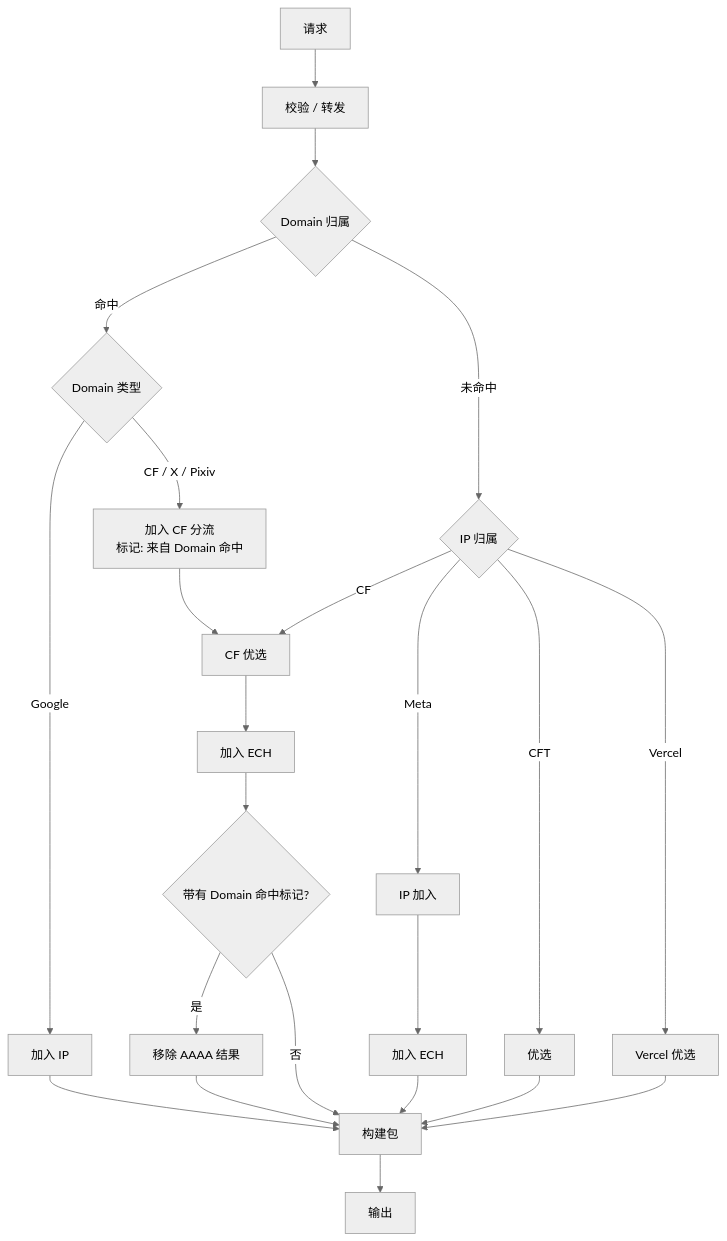
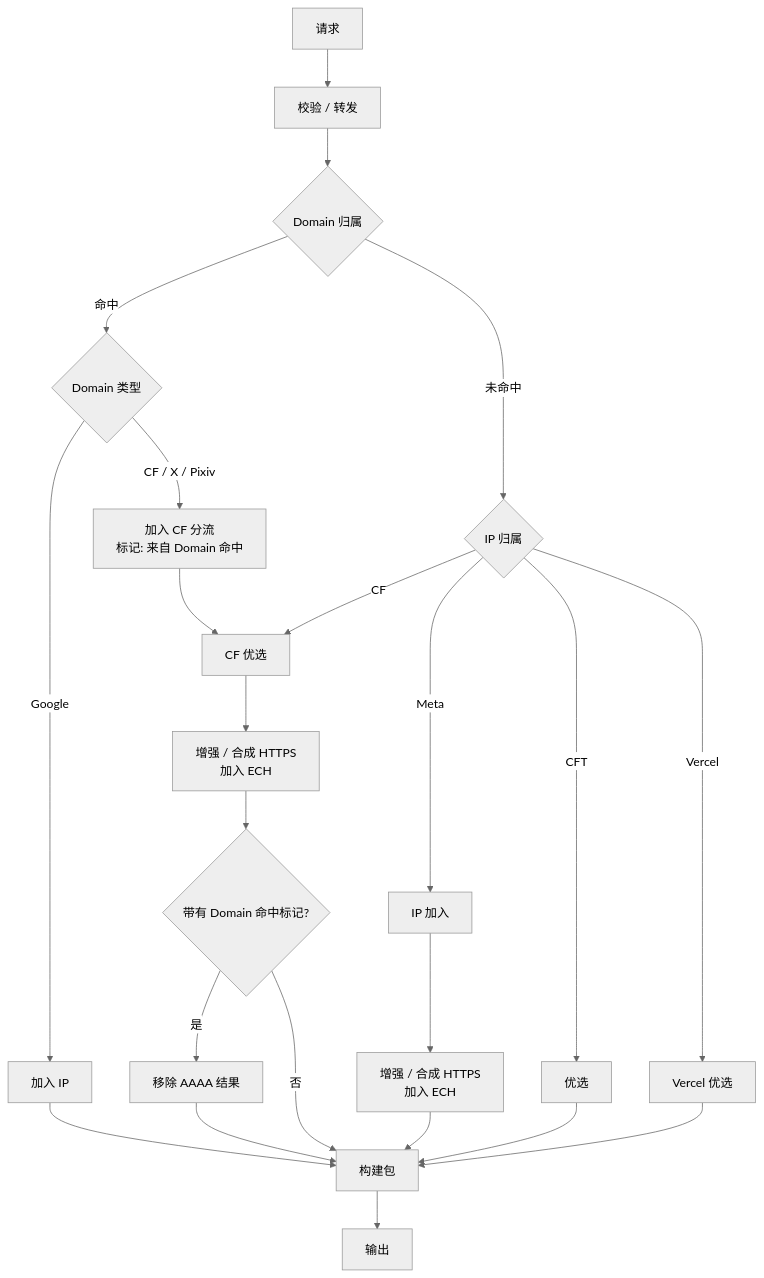
The diagram in docs/01-requirements.md (aloneowo0/SuperDoH), drawn with Mermaid (neutral theme) before and after one commit. The commit also changed other lines of this file and 8 other files, not shown here.

Commit message:
feat: synthesize HTTPS records for ECH

````diff
--- a/docs/01-requirements.md
+++ b/docs/01-requirements.md
@@ -25,32 +25,32 @@
 ```mermaid
 flowchart TD
     A[请求] --> B[校验 / 转发]
     B --> C{Domain 归属}
 
     C -->|命中| D{Domain 类型}
     D -->|Google| E[加入 IP]
     D -->|CF / X / Pixiv| F[加入 CF 分流<br/>标记: 来自 Domain 命中]
 
     C -->|未命中| G{IP 归属}
 
     G -->|CF| H[CF 优选]
     G -->|Meta| I[IP 加入]
     G -->|CFT| J[优选]
     G -->|Vercel| K[Vercel 优选]
 
     F --> H
-    H --> L[加入 ECH]
-    I --> M[加入 ECH]
+    H --> L[增强 / 合成 HTTPS<br/>加入 ECH]
+    I --> M[增强 / 合成 HTTPS<br/>加入 ECH]
 
     L --> N{带有 Domain 命中标记?}
     N -->|是| O[移除 AAAA 结果]
     N -->|否| Q[构建包]
     O --> Q
 
     E --> Q
     M --> Q
     J --> Q
     K --> Q
 
     Q --> R[输出]
 ```
````
